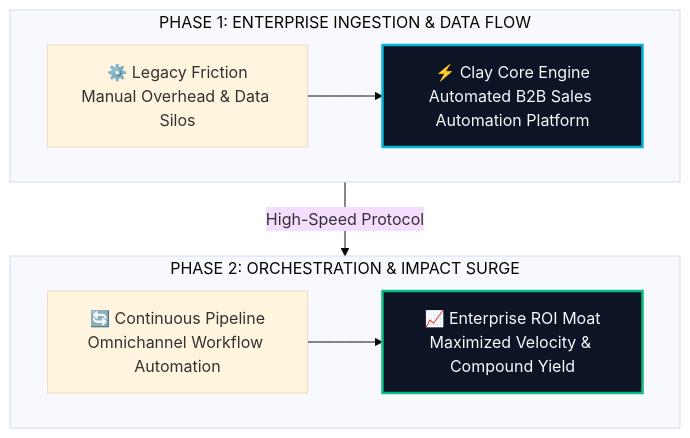
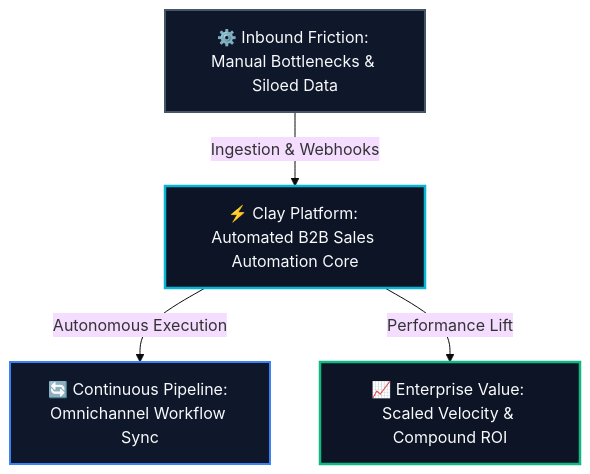
One commit to heliatech-media/saas-radar changed the diagram in site/src/content/blog/clay-evolution-guide-2026.md. Above: the diagram before and after it, drawn with Mermaid (base theme). The commit also changed 93 other files, not shown here.

First line of the commit message:
fix(diagrams): resolve dagre-d3 subgraph collision by migrating to balanced 3-tier Hub & Spoke architecture

````diff
--- a/site/src/content/blog/clay-evolution-guide-2026.md
+++ b/site/src/content/blog/clay-evolution-guide-2026.md
@@ -48,14 +48,14 @@
 ```mermaid
 flowchart TD
-    subgraph S1["PHASE 1: ENTERPRISE INGESTION & DATA FLOW"]
-        direction LR
-        A["⚙️ Legacy Friction<br/>Manual Overhead & Data Silos"] --> B["⚡ Clay Core Engine<br/>Automated B2B Sales Automation Platform"]
-    end
-    subgraph S2["PHASE 2: ORCHESTRATION & IMPACT SURGE"]
-        direction LR
-        C["🔄 Continuous Pipeline<br/>Omnichannel Workflow Automation"] --> D["📈 Enterprise ROI Moat<br/>Maximized Velocity & Compound Yield"]
-    end
-    S1 -->|High-Speed Protocol| S2
-    style B fill:#0c1425,stroke:#06b6d4,stroke-width:2.5px,color:#f8fafc
-    style D fill:#0c1425,stroke:#10b981,stroke-width:2.5px,color:#f8fafc
+    Inp["⚙️ Inbound Friction: Manual Bottlenecks & Siloed Data"]
+    Eng["⚡ Clay Platform: Automated B2B Sales Automation Core"]
+    Out1["🔄 Continuous Pipeline: Omnichannel Workflow Sync"]
+    Out2["📈 Enterprise Value: Scaled Velocity & Compound ROI"]
+    Inp -->|Ingestion & Webhooks| Eng
+    Eng -->|Autonomous Execution| Out1
+    Eng -->|Performance Lift| Out2
+    style Inp fill:#0f172a,stroke:#475569,stroke-width:2px,color:#f8fafc
+    style Eng fill:#0c1425,stroke:#06b6d4,stroke-width:2.5px,color:#f8fafc
+    style Out1 fill:#0f172a,stroke:#3b82f6,stroke-width:2px,color:#f8fafc
+    style Out2 fill:#0c1425,stroke:#10b981,stroke-width:2.5px,color:#f8fafc
 ```
````
